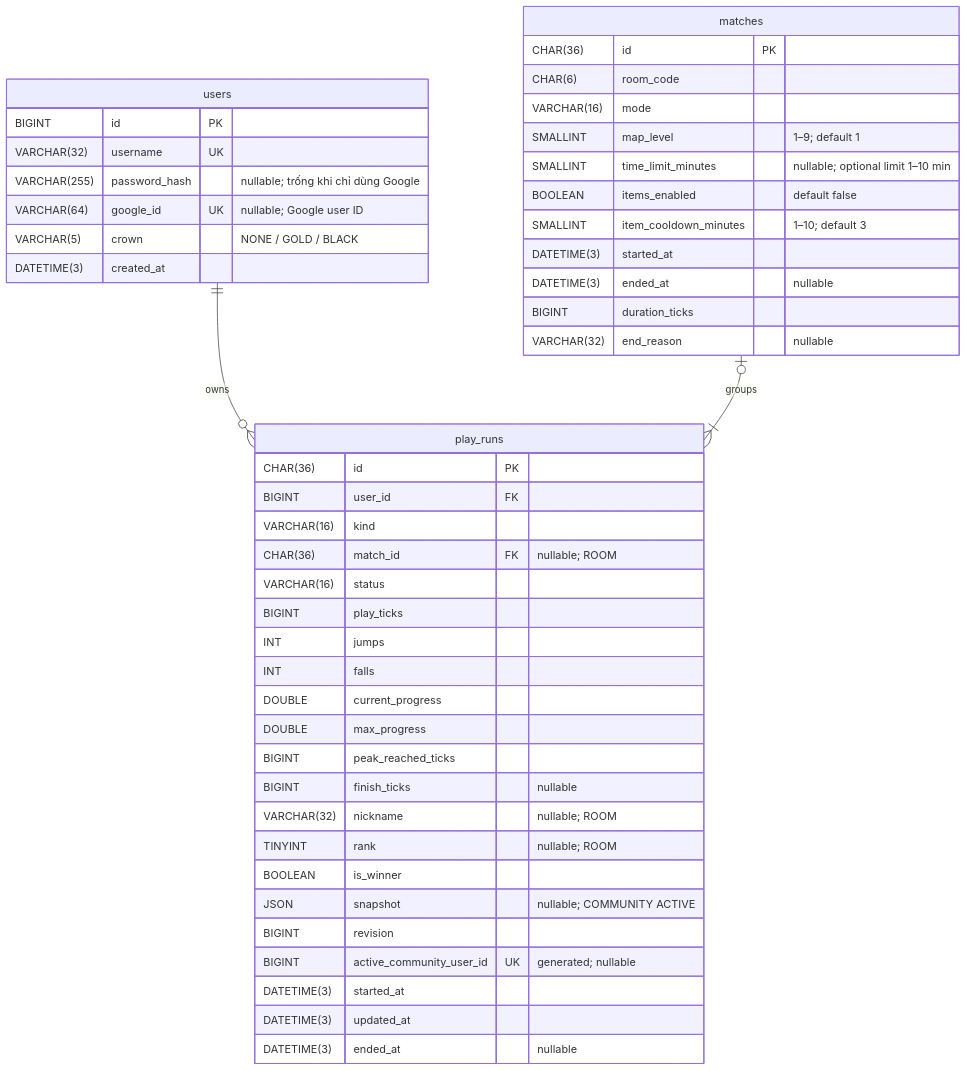
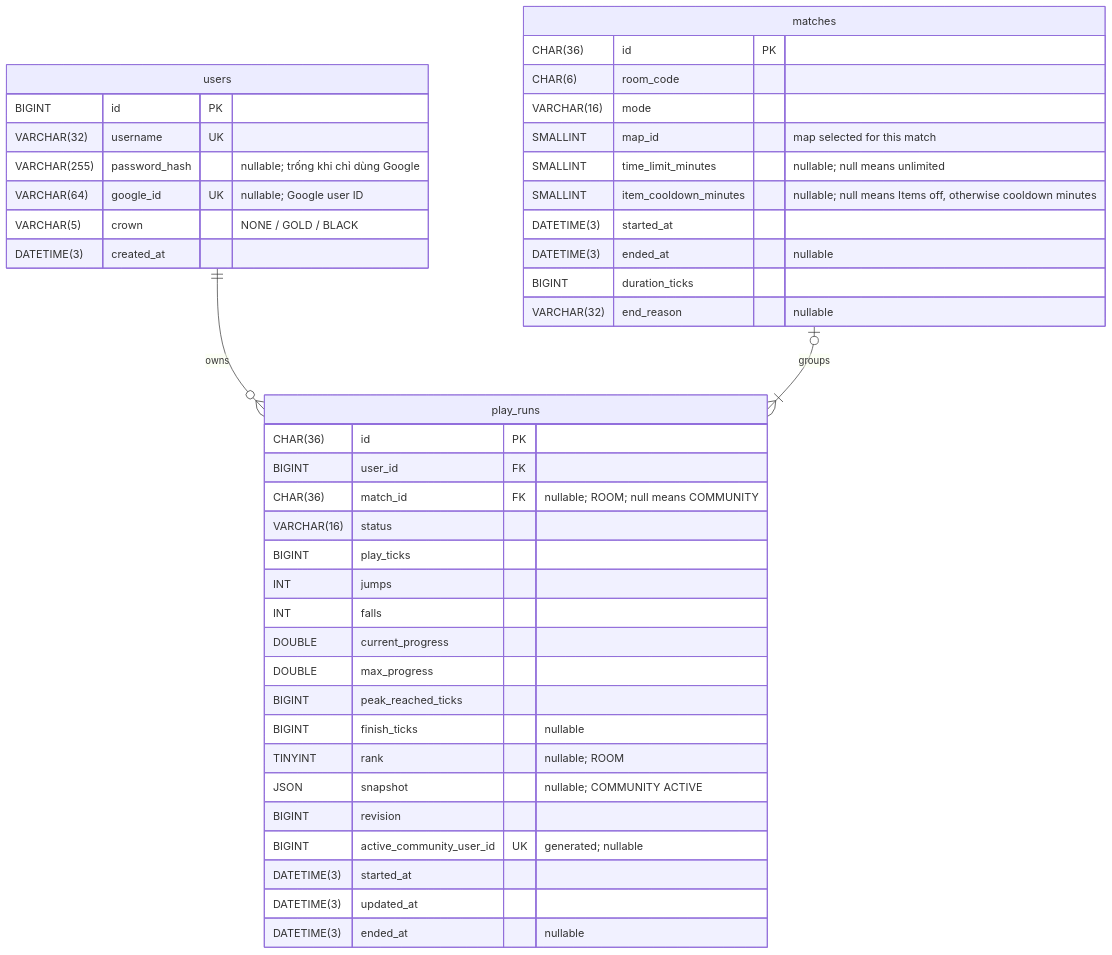
Before and after one commit to nvbangg/JumpKing-Multiplayer: the diagram in docs/data.md, drawn with Mermaid. The commit also changed other lines of this file and 58 other files, not shown here.

Commit message:
Đồng bộ backend với schema mới

````diff
--- a/docs/data.md
+++ b/docs/data.md
@@ -13,49 +13,45 @@
 ```mermaid
 erDiagram
     users ||--o{ play_runs : owns
     matches o|--|{ play_runs : groups
     users {
         BIGINT id PK
         VARCHAR(32) username UK
         VARCHAR(255) password_hash "nullable; trống khi chỉ dùng Google"
         VARCHAR(64) google_id UK "nullable; Google user ID"
         VARCHAR(5) crown "NONE / GOLD / BLACK"
         DATETIME(3) created_at
     }
     play_runs {
         CHAR(36) id PK
         BIGINT user_id FK
-        VARCHAR(16) kind
-        CHAR(36) match_id FK "nullable; ROOM"
+        CHAR(36) match_id FK "nullable; ROOM; null means COMMUNITY"
         VARCHAR(16) status
         BIGINT play_ticks
         INT jumps
         INT falls
         DOUBLE current_progress
         DOUBLE max_progress
         BIGINT peak_reached_ticks
         BIGINT finish_ticks "nullable"
-        VARCHAR(32) nickname "nullable; ROOM"
         TINYINT rank "nullable; ROOM"
-        BOOLEAN is_winner
         JSON snapshot "nullable; COMMUNITY ACTIVE"
         BIGINT revision
         BIGINT active_community_user_id UK "generated; nullable"
         DATETIME(3) started_at
         DATETIME(3) updated_at
         DATETIME(3) ended_at "nullable"
     }
     matches {
         CHAR(36) id PK
         CHAR(6) room_code
         VARCHAR(16) mode
-        SMALLINT map_level "1–9; default 1"
-        SMALLINT time_limit_minutes "nullable; optional limit 1–10 min"
-        BOOLEAN items_enabled "default false"
-        SMALLINT item_cooldown_minutes "1–10; default 3"
+        SMALLINT map_id "map selected for this match"
+        SMALLINT time_limit_minutes "nullable; null means unlimited"
+        SMALLINT item_cooldown_minutes "nullable; null means Items off, otherwise cooldown minutes"
         DATETIME(3) started_at
         DATETIME(3) ended_at "nullable"
         BIGINT duration_ticks
         VARCHAR(32) end_reason "nullable"
     }
 ```
````
